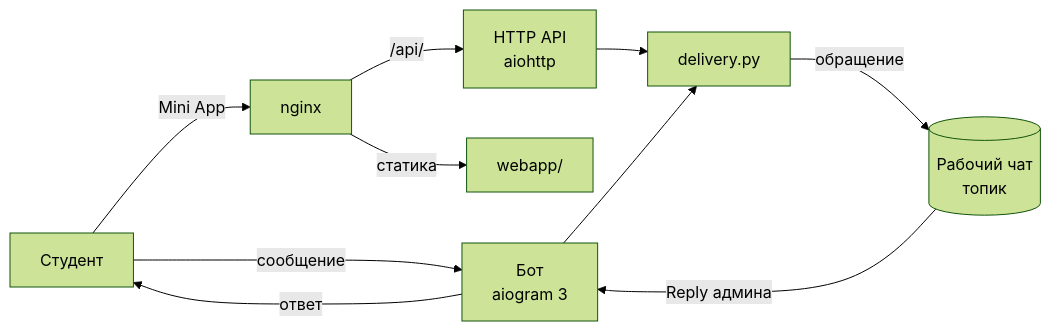
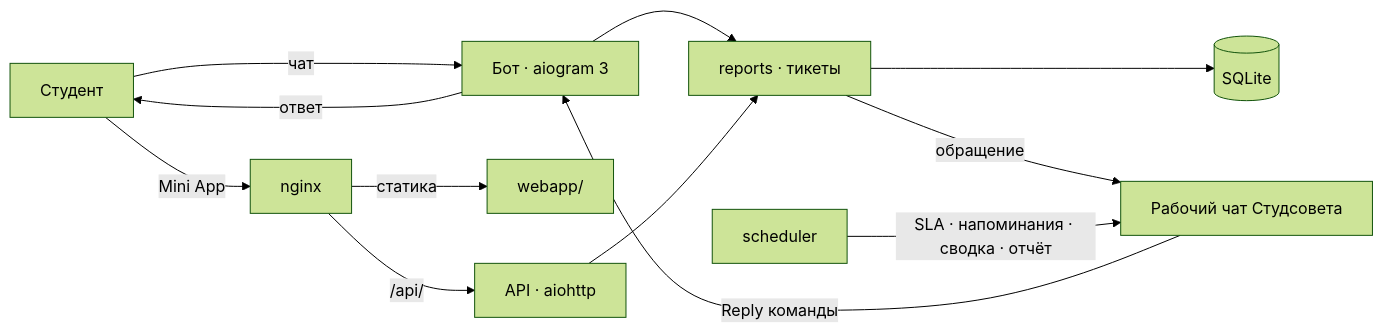
The diagram in README.md (antonshkelll/nab-bot), drawn with Mermaid (forest theme) before and after one commit. The commit also changed other lines of this file and 1 other file, not shown here.

````diff
--- a/README.md
+++ b/README.md
@@ -30,11 +53,13 @@
 ```mermaid
 flowchart LR
-    U[Студент] -- сообщение --> B[Бот<br/>aiogram 3]
+    U[Студент] -- чат --> B[Бот · aiogram 3]
     U -- Mini App --> N[nginx]
     N -- статика --> W[webapp/]
-    N -- /api/ --> A[HTTP API<br/>aiohttp]
-    A --> D[delivery.py]
-    B --> D
-    D -- обращение --> C[(Рабочий чат<br/>топик)]
-    C -- Reply админа --> B -- ответ --> U
+    N -- /api/ --> A[API · aiohttp]
+    B --> R[reports · тикеты]
+    A --> R
+    R --> S[(SQLite)]
+    R -- обращение --> C[Рабочий чат Студсовета]
+    C -- Reply команды --> B -- ответ --> U
+    T[scheduler] -- SLA · напоминания · сводка · отчёт --> C
 ```
````
